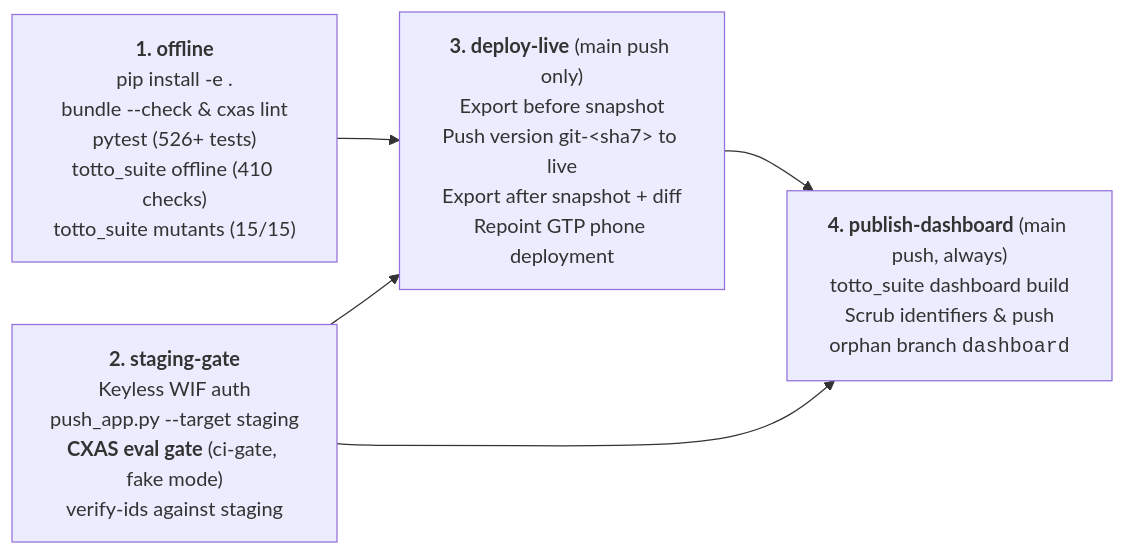
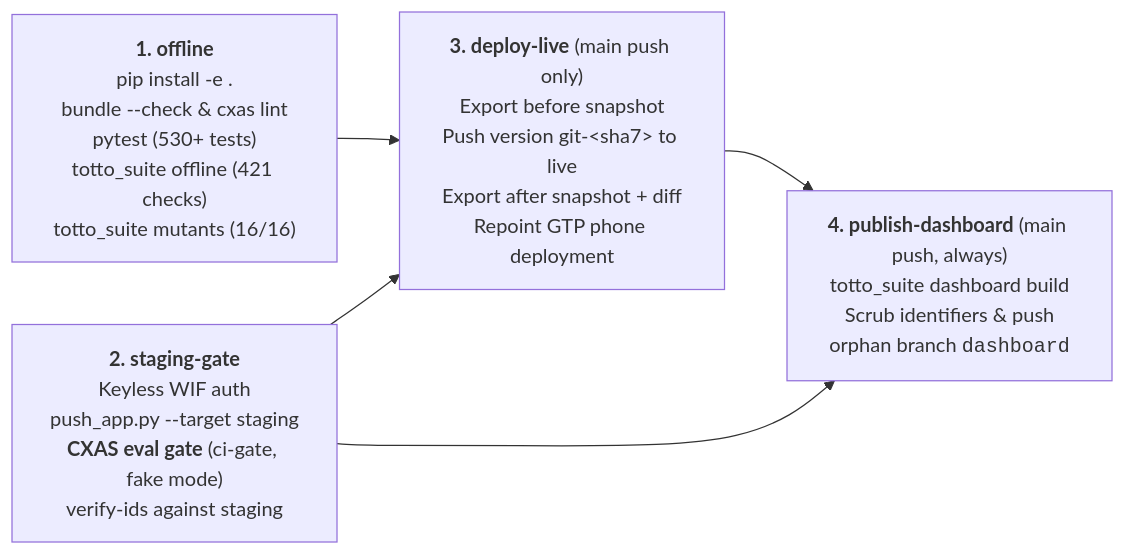
The second of 2 diagrams in README.md (snehsm007/totto-agent), drawn with Mermaid before and after one commit. The commit also changed other lines of this file and 41 other files, not shown here.

````diff
--- a/README.md
+++ b/README.md
@@ -140,12 +141,12 @@
 ```mermaid
 flowchart LR
-    Offline["<b>1. offline</b><br/>pip install -e .<br/>bundle --check &amp; cxas lint<br/>pytest (526+ tests)<br/>totto_suite offline (410 checks)<br/>totto_suite mutants (15/15)"]
+    Offline["<b>1. offline</b><br/>pip install -e .<br/>bundle --check &amp; cxas lint<br/>pytest (530+ tests)<br/>totto_suite offline (421 checks)<br/>totto_suite mutants (16/16)"]
     Staging["<b>2. staging-gate</b><br/>Keyless WIF auth<br/>push_app.py --target staging<br/><b>CXAS eval gate</b> (ci-gate, fake mode)<br/>verify-ids against staging"]
     Live["<b>3. deploy-live</b> (main push only)<br/>Export before snapshot<br/>Push version git-&lt;sha7&gt; to live<br/>Export after snapshot + diff<br/>Repoint GTP phone deployment"]
     Dash["<b>4. publish-dashboard</b> (main push, always)<br/>totto_suite dashboard build<br/>Scrub identifiers &amp; push<br/>orphan branch <code>dashboard</code>"]
 
     Offline --> Live
     Staging --> Live
     Staging --> Dash
     Live --> Dash
 ```
````
